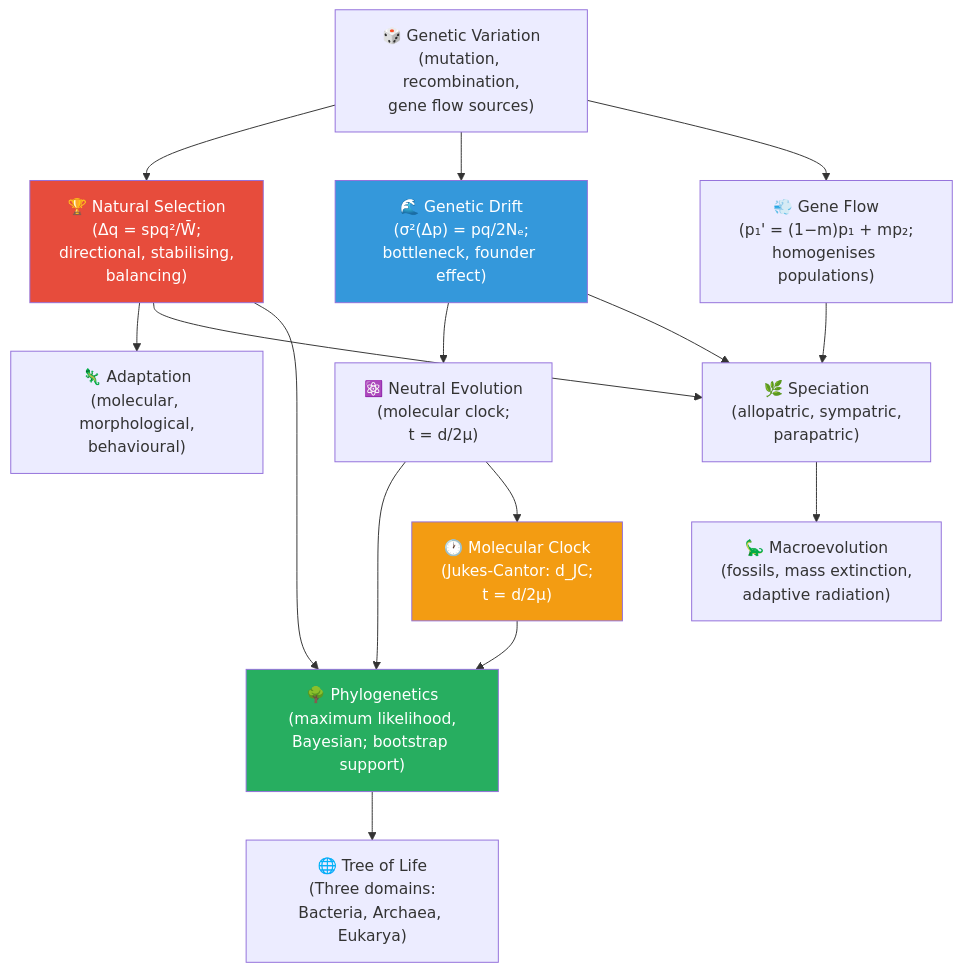
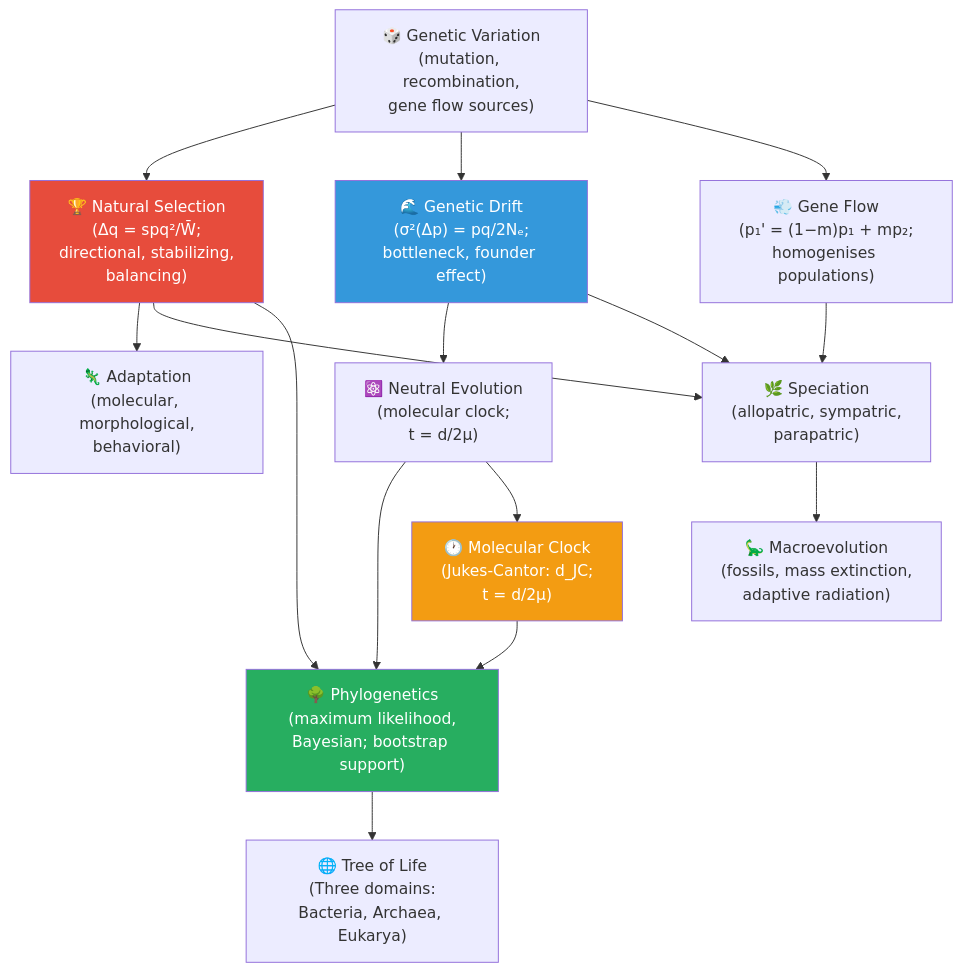
Before and after one commit to docxology/biology_textbook: the diagram in manuscript/unit_VI/unit_intro.md, drawn with Mermaid. The commit also changed other lines of this file and 247 other files, not shown here.

````diff
--- a/manuscript/unit_VI/unit_intro.md
+++ b/manuscript/unit_VI/unit_intro.md
@@ -47,27 +46,27 @@
 ```mermaid
 graph TD
-    VAR["🎲 Genetic Variation<br/>(mutation, recombination,<br/>gene flow sources)"] --> SEL["🏆 Natural Selection<br/>(Δq = spq²/W̄;<br/>directional, stabilising,<br/>balancing)"]
+    VAR["🎲 Genetic Variation<br/>(mutation, recombination,<br/>gene flow sources)"] --> SEL["🏆 Natural Selection<br/>(Δq = spq²/W̄;<br/>directional, stabilizing,<br/>balancing)"]
     VAR --> DRIFT["🌊 Genetic Drift<br/>(σ²(Δp) = pq/2Nₑ;<br/>bottleneck, founder effect)"]
     VAR --> FLOW["💨 Gene Flow<br/>(p₁' = (1−m)p₁ + mp₂;<br/>homogenises populations)"]
 
-    SEL --> ADAP["🦎 Adaptation<br/>(molecular, morphological,<br/>behavioural)"]
+    SEL --> ADAP["🦎 Adaptation<br/>(molecular, morphological,<br/>behavioral)"]
     DRIFT --> NEUT["⚛️ Neutral Evolution<br/>(molecular clock;<br/>t = d/2μ)"]
 
     SEL --> SPEC["🌿 Speciation<br/>(allopatric, sympatric,<br/>parapatric)"]
     DRIFT --> SPEC
     FLOW --> SPEC
 
     SPEC --> MACRO["🦕 Macroevolution<br/>(fossils, mass extinction,<br/>adaptive radiation)"]
 
     SEL --> PHYL["🌳 Phylogenetics<br/>(maximum likelihood,<br/>Bayesian; bootstrap support)"]
     NEUT --> PHYL
     PHYL --> TREE["🌐 Tree of Life<br/>(Three domains:<br/>Bacteria, Archaea, Eukarya)"]
 
     CLOCK["🕐 Molecular Clock<br/>(Jukes-Cantor: d_JC;<br/>t = d/2μ)"] --> PHYL
     NEUT --> CLOCK
 
     style SEL fill:#e74c3c,color:#fff
     style DRIFT fill:#3498db,color:#fff
     style PHYL fill:#27ae60,color:#fff
     style CLOCK fill:#f39c12,color:#fff
 ```
````
